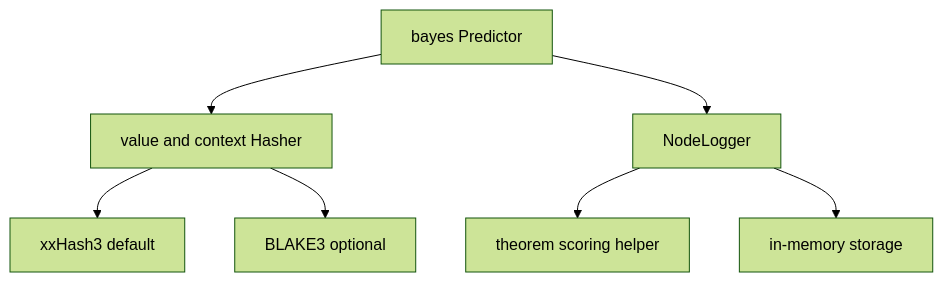
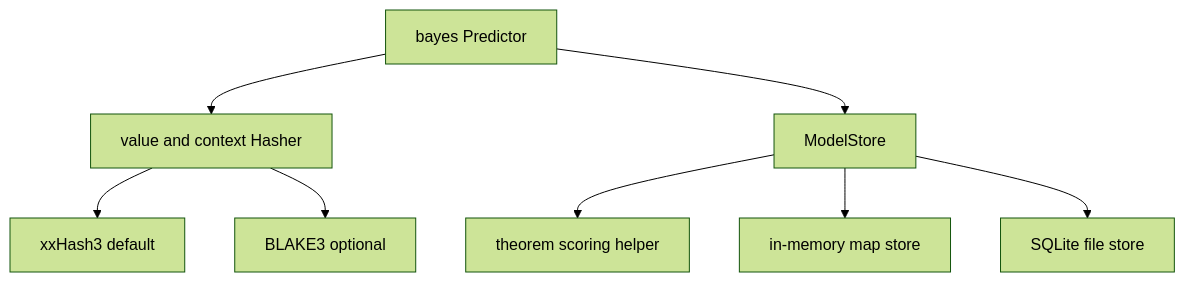
The diagram in .github/CONTRIBUTING.md (KEINOS/go-bayes), drawn with Mermaid (forest theme) before and after one commit. The commit also changed other lines of this file and 2 other files, not shown here.

Commit message:
docs: explain model storage and persistence

````diff
--- a/.github/CONTRIBUTING.md
+++ b/.github/CONTRIBUTING.md
@@ -40,9 +41,10 @@
 ```mermaid
 flowchart TD
     A[bayes Predictor] --> B[value and context Hasher]
-    A --> C[NodeLogger]
+    A --> C[ModelStore]
     C --> D[theorem scoring helper]
     B --> E[xxHash3 default]
     B --> F[BLAKE3 optional]
-    C --> G[in-memory storage]
+    C --> G[in-memory map store]
+    C --> H[SQLite file store]
 ```
````
